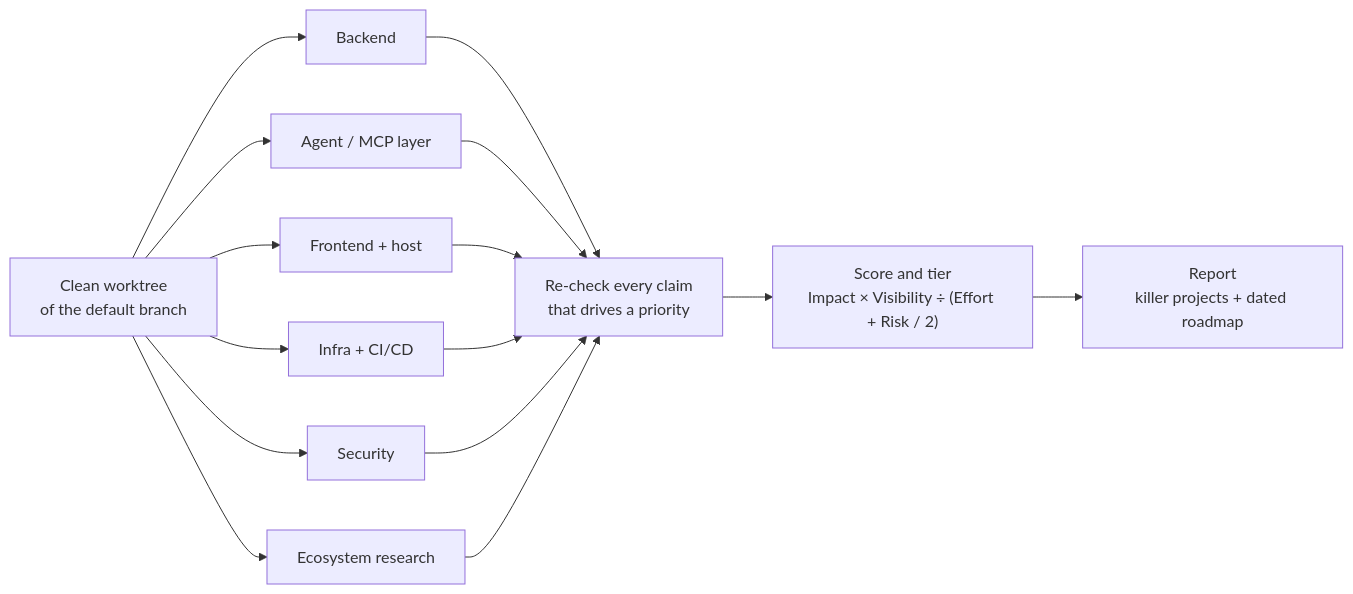
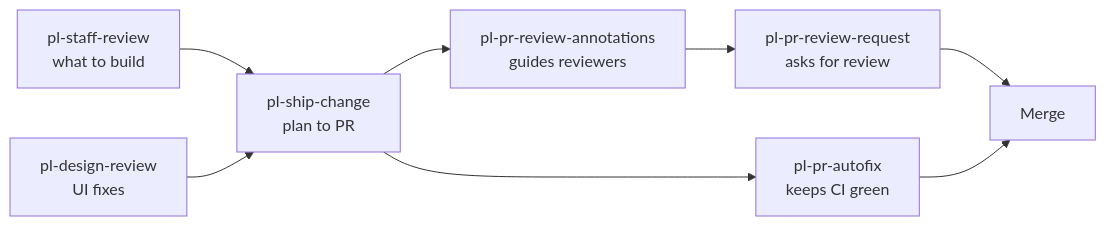
One commit to philong-buile/lobi-skills changed the diagram in README.md. Above: the diagram before and after it, drawn with Mermaid. The commit also changed other lines of this file and 27 other files, not shown here.

````diff
--- a/README.md
+++ b/README.md
@@ -49,7 +49,10 @@
 ```mermaid
 flowchart LR
-  W["Clean worktree<br/>of the default branch"] --> L1["Backend"] & L2["Agent / MCP layer"] & L3["Frontend + host"] & L4["Infra + CI/CD"] & L5["Security"] & L6["Ecosystem research"]
-  L1 & L2 & L3 & L4 & L5 & L6 --> V["Re-check every claim<br/>that drives a priority"]
-  V --> S["Score and tier<br/>Impact × Visibility ÷ (Effort + Risk / 2)"]
-  S --> R["Report<br/>killer projects + dated roadmap"]
+  P["pl-staff-review<br/>what to build"] --> S["pl-ship-change<br/>plan to PR"]
+  D["pl-design-review<br/>UI fixes"] --> S
+  S --> A["pl-pr-autofix<br/>keeps CI green"]
+  S --> F["pl-pr-review-annotations<br/>guides reviewers"]
+  F --> R["pl-pr-review-request<br/>asks for review"]
+  R --> M["Merge"]
+  A --> M
 ```
````
